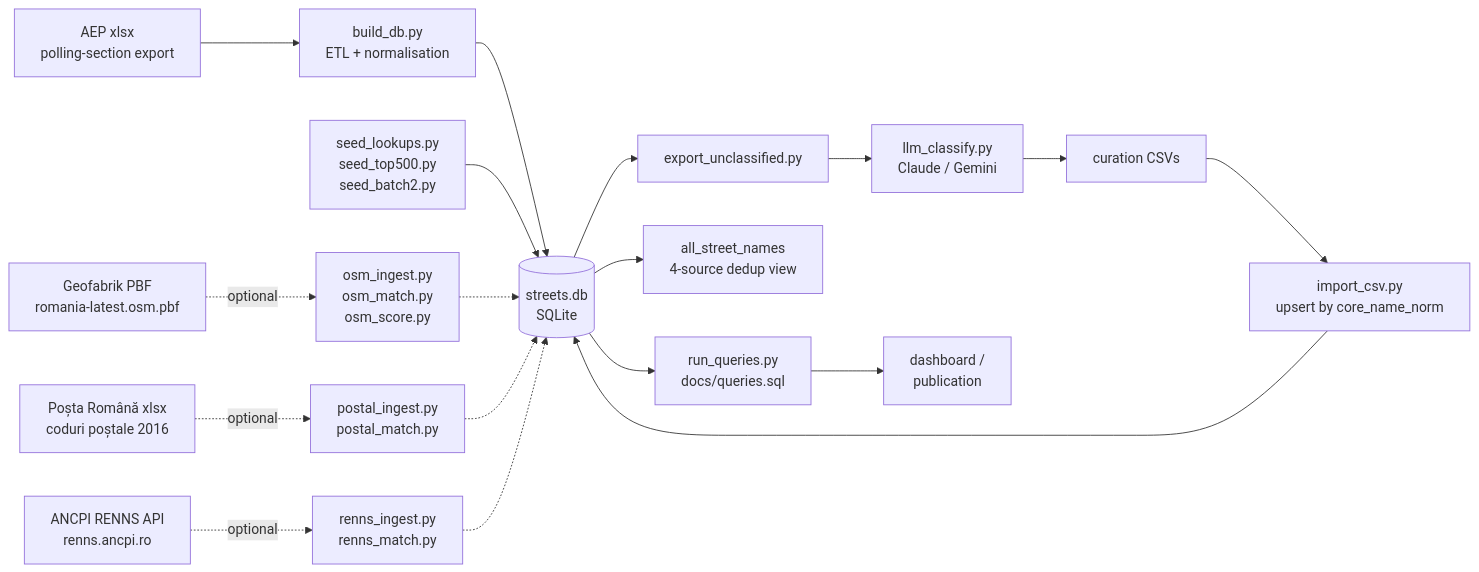
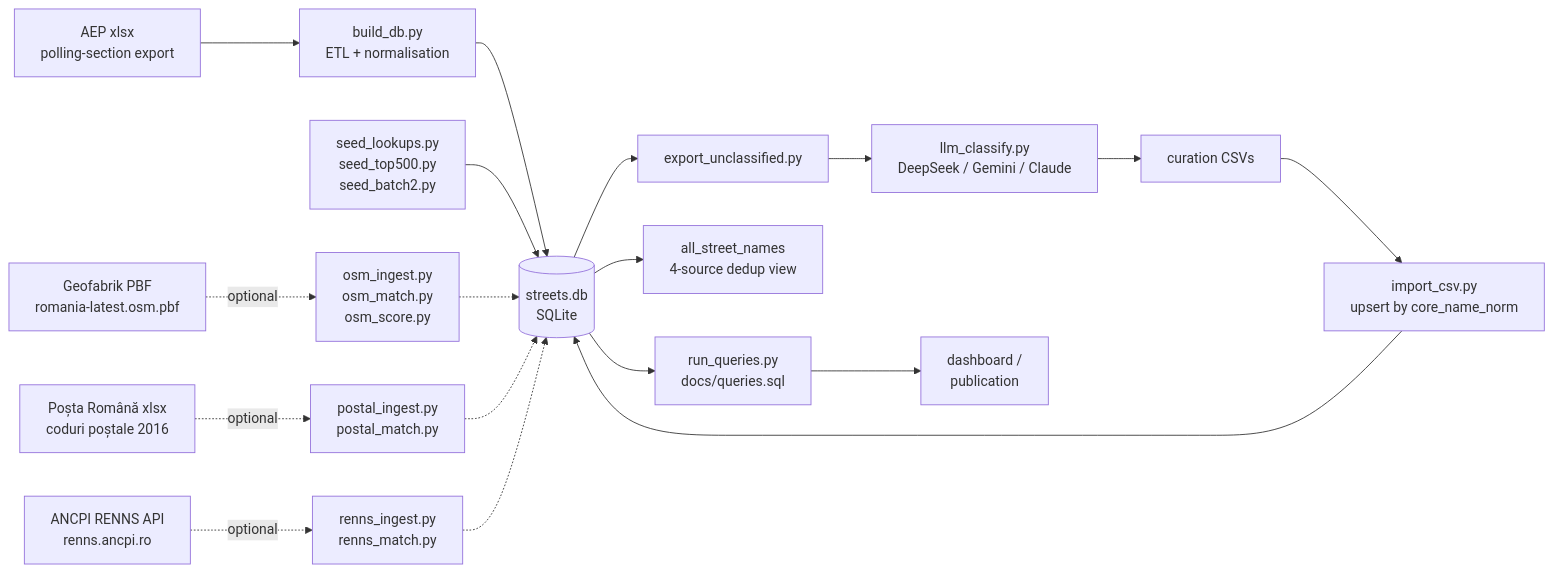
One commit to gov2-ro/nume-strazi changed the first of 5 diagrams in README.md. Above: the diagram before and after it, drawn with Mermaid. The commit also changed other lines of this file and 17 other files, not shown here.

````diff
--- a/README.md
+++ b/README.md
@@ -50,29 +54,29 @@
 ```mermaid
 flowchart LR
     XLSX["AEP xlsx<br/>polling-section export"]
     PBF["Geofabrik PBF<br/>romania-latest.osm.pbf"]
     POSTALXLSX["Poșta Română xlsx<br/>coduri poștale 2016"]
     RENNSAPI["ANCPI RENNS API<br/>renns.ancpi.ro"]
     BUILD["build_db.py<br/>ETL + normalisation"]
     SEED["seed_lookups.py<br/>seed_top500.py<br/>seed_batch2.py"]
     DB[("streets.db<br/>SQLite")]
     EXP["export_unclassified.py"]
-    LLM["llm_classify.py<br/>Claude / Gemini"]
+    LLM["llm_classify.py<br/>DeepSeek / Gemini / Claude"]
     CSV["curation CSVs"]
     IMP["import_csv.py<br/>upsert by core_name_norm"]
     OSM["osm_ingest.py<br/>osm_match.py<br/>osm_score.py"]
     POSTAL["postal_ingest.py<br/>postal_match.py"]
     RENNS["renns_ingest.py<br/>renns_match.py"]
     ASN["all_street_names<br/>4-source dedup view"]
     Q["run_queries.py<br/>docs/queries.sql"]
     OUT["dashboard /<br/>publication"]
 
     XLSX --> BUILD --> DB
     SEED --> DB
     DB --> EXP --> LLM --> CSV --> IMP --> DB
     PBF -.optional.-> OSM -.-> DB
     POSTALXLSX -.optional.-> POSTAL -.-> DB
     RENNSAPI -.optional.-> RENNS -.-> DB
     DB --> ASN
     DB --> Q --> OUT
 ```
````
